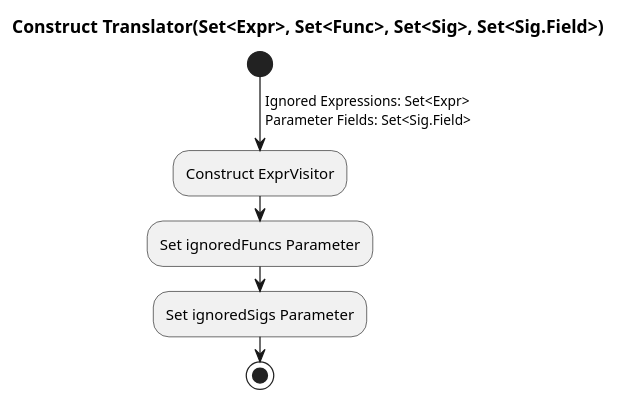
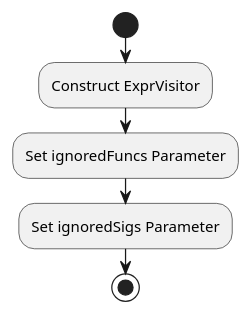
The diagram in src/main/javadoc/edu/gatech/gtri/obm/translator/alloy/fromxmi/doc-files/Translator4.puml (ontological-behavior-modeling/tester), drawn with PlantUML before and after one commit. The commit also changed 14 other files, not shown here.

```diff
--- a/src/main/javadoc/edu/gatech/gtri/obm/translator/alloy/fromxmi/doc-files/Translator4.puml
+++ b/src/main/javadoc/edu/gatech/gtri/obm/translator/alloy/fromxmi/doc-files/Translator4.puml
@@ -1,10 +1,7 @@
 @startuml
-title Construct Translator(Set<Expr>, Set<Func>, Set<Sig>, Set<Sig.Field>)
 start
- -> Ignored Expressions: Set<Expr>
- Parameter Fields: Set<Sig.Field>;
  :Construct ExprVisitor;
  :Set ignoredFuncs Parameter;
  :Set ignoredSigs Parameter;
 stop
 @enduml
```
